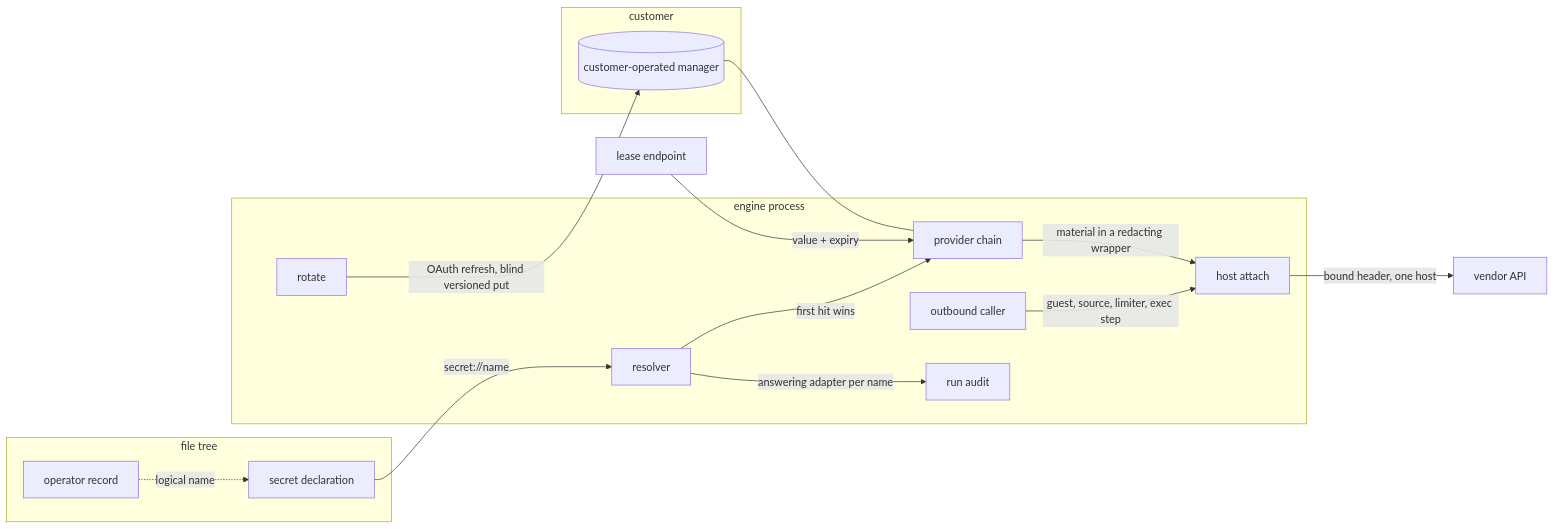
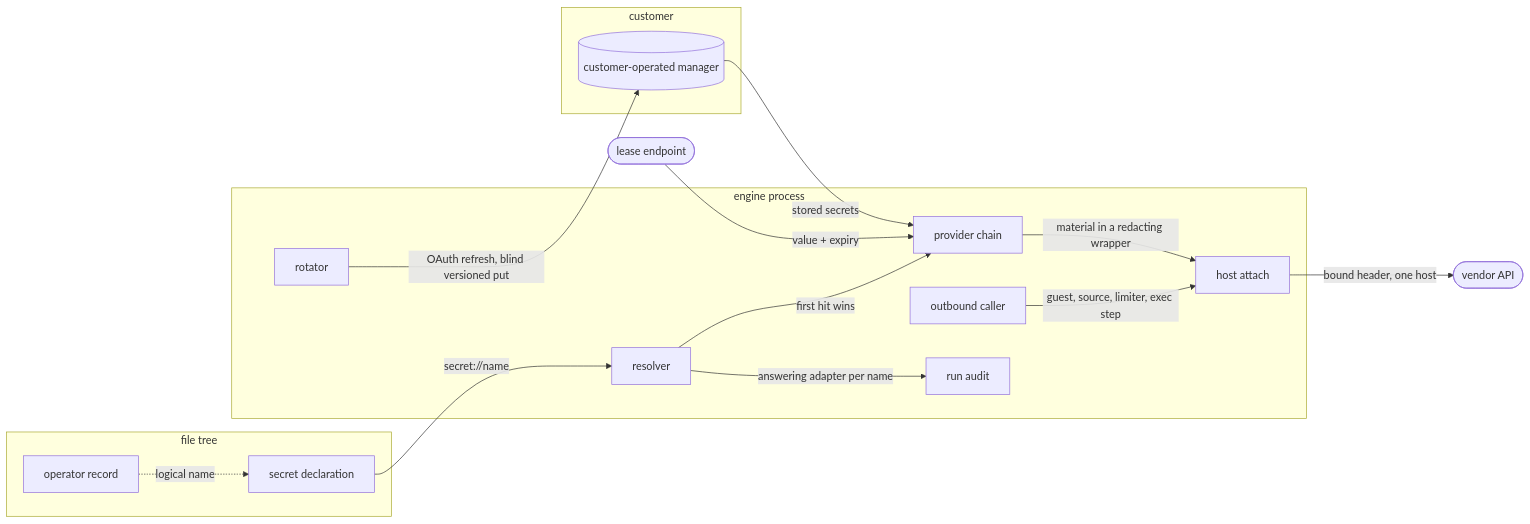
Before and after one commit to fractalboxdev/contextful: the first of 3 diagrams in spec/41-secrets.md, drawn with Mermaid. The commit also changed other lines of this file and 31 other files, not shown here.

First line of the commit message:
spec: every diagram draws things as nodes and what flows as labelled edges

````diff
--- a/spec/41-secrets.md
+++ b/spec/41-secrets.md
@@ -20,30 +20,30 @@
 ```mermaid
 flowchart LR
   subgraph TREE["file tree"]
     DECL["secret declaration"]
     REC["operator record"]
   end
   subgraph ENGINE["engine process"]
     RES["resolver"]
     CHAIN["provider chain"]
-    ROT["rotate"]
+    ROT["rotator"]
     ATT["host attach"]
     EGR["outbound caller"]
     AUD["run audit"]
   end
-  MINT["lease endpoint"]
+  MINT(["lease endpoint"])
   subgraph CUST["customer"]
     MGR[("customer-operated manager")]
   end
-  VEND["vendor API"]
+  VEND(["vendor API"])
   DECL -->|"secret://name"| RES
   RES -->|"first hit wins"| CHAIN
   MINT -->|"value + expiry"| CHAIN
-  MGR --- CHAIN
+  MGR -->|"stored secrets"| CHAIN
   ROT -->|"OAuth refresh, blind versioned put"| MGR
   CHAIN -->|"material in a redacting wrapper"| ATT
   EGR -->|"guest, source, limiter, exec step"| ATT
   ATT -->|"bound header, one host"| VEND
   RES -->|"answering adapter per name"| AUD
   REC -.->|"logical name"| DECL
 ```
````
